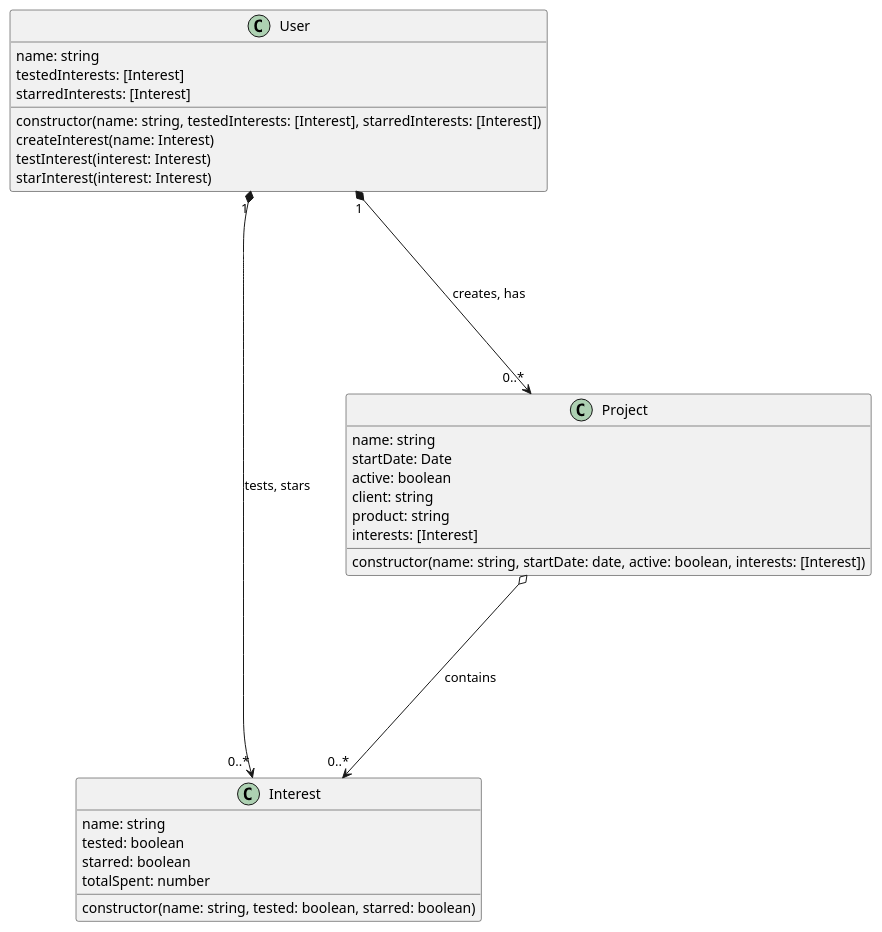
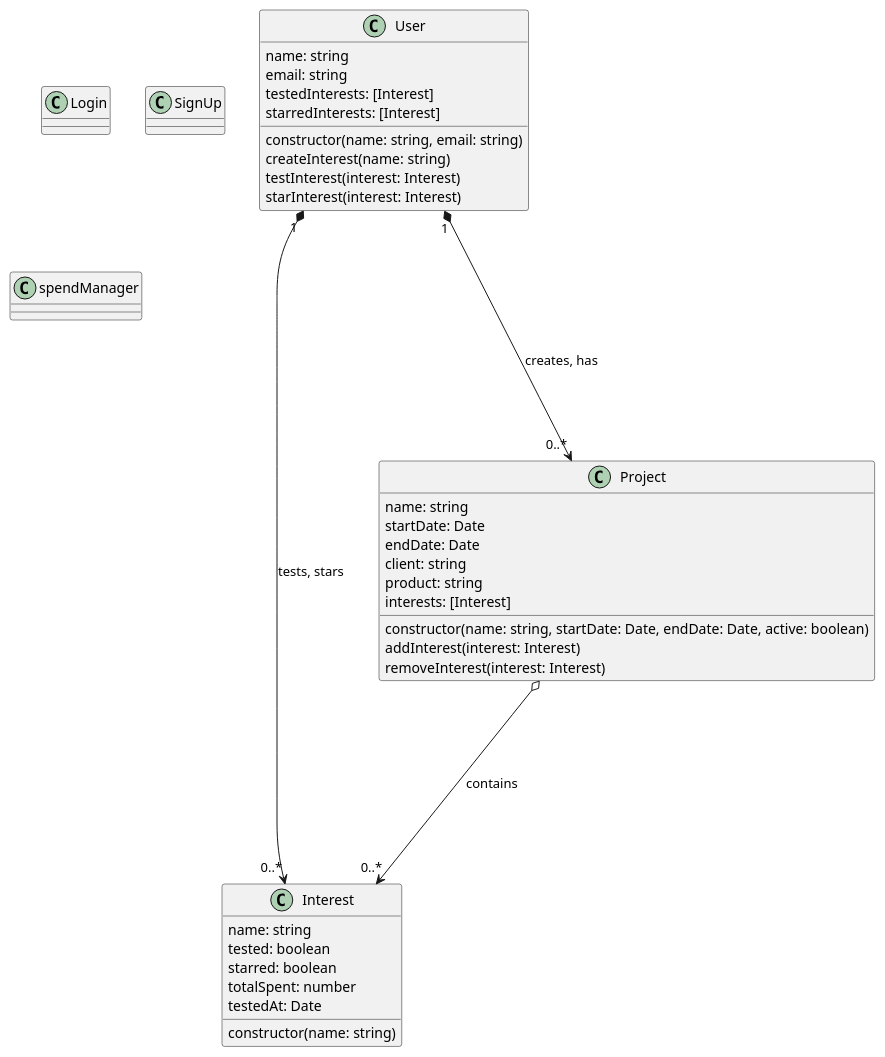
One commit to HauWv/interest-finder changed the diagram in architecture/class.puml. Above: the diagram before and after it, drawn with PlantUML.

Commit message:
Update UML to reflect latest ideas

```diff
--- a/architecture/class.puml
+++ b/architecture/class.puml
@@ -1,34 +1,44 @@
 @startuml Marketing-Project Class Diagram
 class User {
     name: string
+    email: string
     testedInterests: [Interest]
     starredInterests: [Interest]
-    constructor(name: string, testedInterests: [Interest], starredInterests: [Interest])
-    createInterest(name: Interest)
+    constructor(name: string, email: string)
+    createInterest(name: string)
     testInterest(interest: Interest)
     starInterest(interest: Interest)
 }
 
 class Interest {
     name: string
     tested: boolean
     starred: boolean
     totalSpent: number
-    constructor(name: string, tested: boolean, starred: boolean)
+    testedAt: Date
+    constructor(name: string)
 }
 
 class Project {
     name: string
     startDate: Date
-    active: boolean
+    endDate: Date
     client: string
     product: string
     interests: [Interest]
-    constructor(name: string, startDate: date, active: boolean, interests: [Interest])
+    constructor(name: string, startDate: Date, endDate: Date, active: boolean)
+    addInterest(interest: Interest)
+    removeInterest(interest: Interest)
 }
+
+class Login {}
+
+class SignUp {}
+
+class spendManager {}
 
 User "1" *----> "0..*" Interest : tests, stars
 User "1" *----> "0..*" Project : creates, has
 Project o----> "0..*" Interest : contains
 
 @enduml
```
